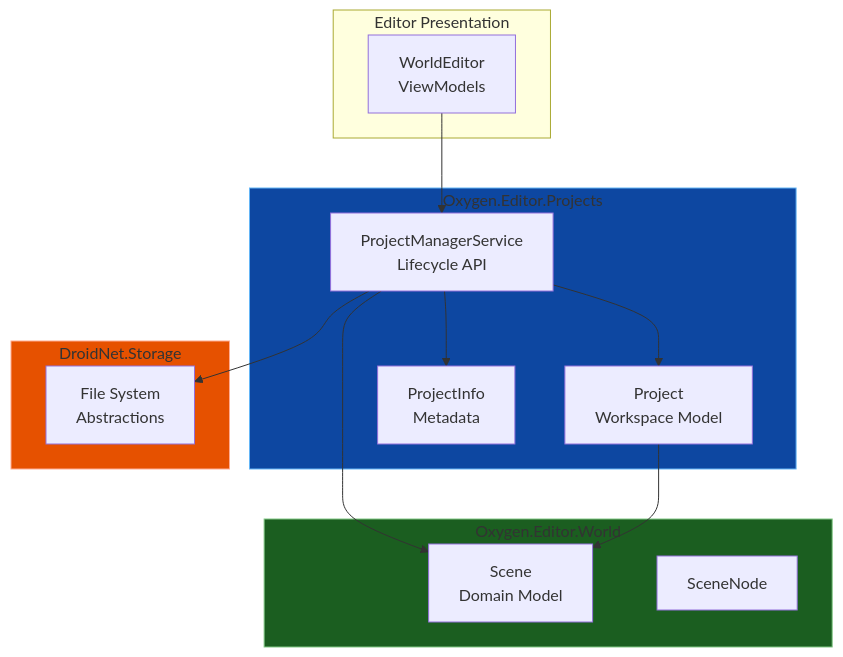
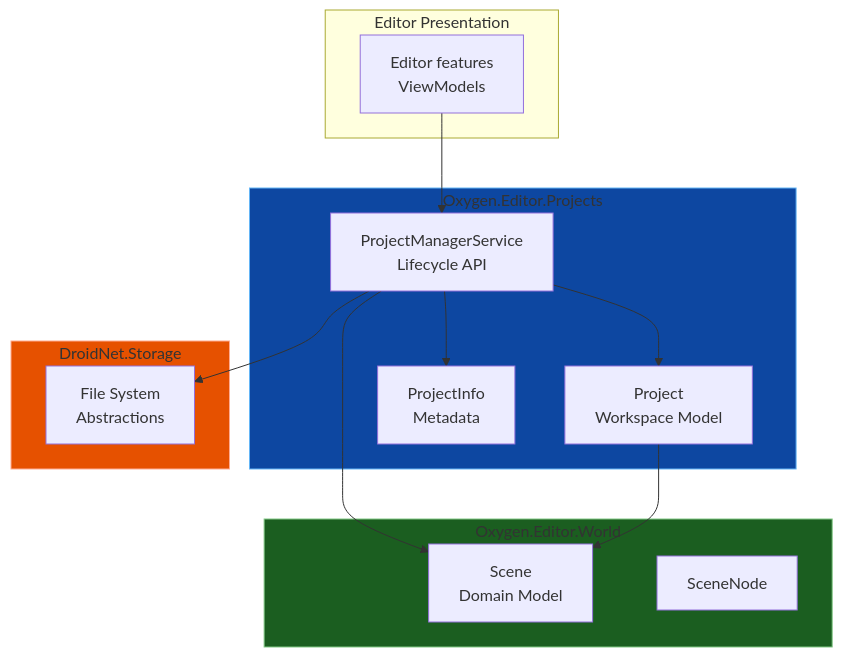
The first of 2 diagrams in projects/Oxygen.Editor.Projects/README.md (abdes/DroidNet), drawn with Mermaid before and after one commit. The commit also changed 103 other files, not shown here.

````diff
--- a/projects/Oxygen.Editor.Projects/README.md
+++ b/projects/Oxygen.Editor.Projects/README.md
@@ -39,32 +39,32 @@
 ```mermaid
 graph TB
     subgraph Presentation["Editor Presentation"]
-        UI[WorldEditor<br/>ViewModels]
+        UI[Editor features<br/>ViewModels]
     end
 
     subgraph Projects["Oxygen.Editor.Projects"]
         PM[ProjectManagerService<br/>Lifecycle API]
         PROJ[Project<br/>Workspace Model]
         INFO[ProjectInfo<br/>Metadata]
     end
 
     subgraph World["Oxygen.Editor.World"]
         SCENE[Scene<br/>Domain Model]
         NODE[SceneNode]
     end
 
     subgraph Storage["DroidNet.Storage"]
         FS[File System<br/>Abstractions]
     end
 
     UI --> PM
     PM --> PROJ
     PM --> INFO
     PM --> SCENE
     PROJ --> SCENE
     PM --> FS
 
     style Projects fill:#0d47a1,stroke:#64b5f6
     style World fill:#1b5e20,stroke:#81c784
     style Storage fill:#e65100,stroke:#ffab91
 ```
````
